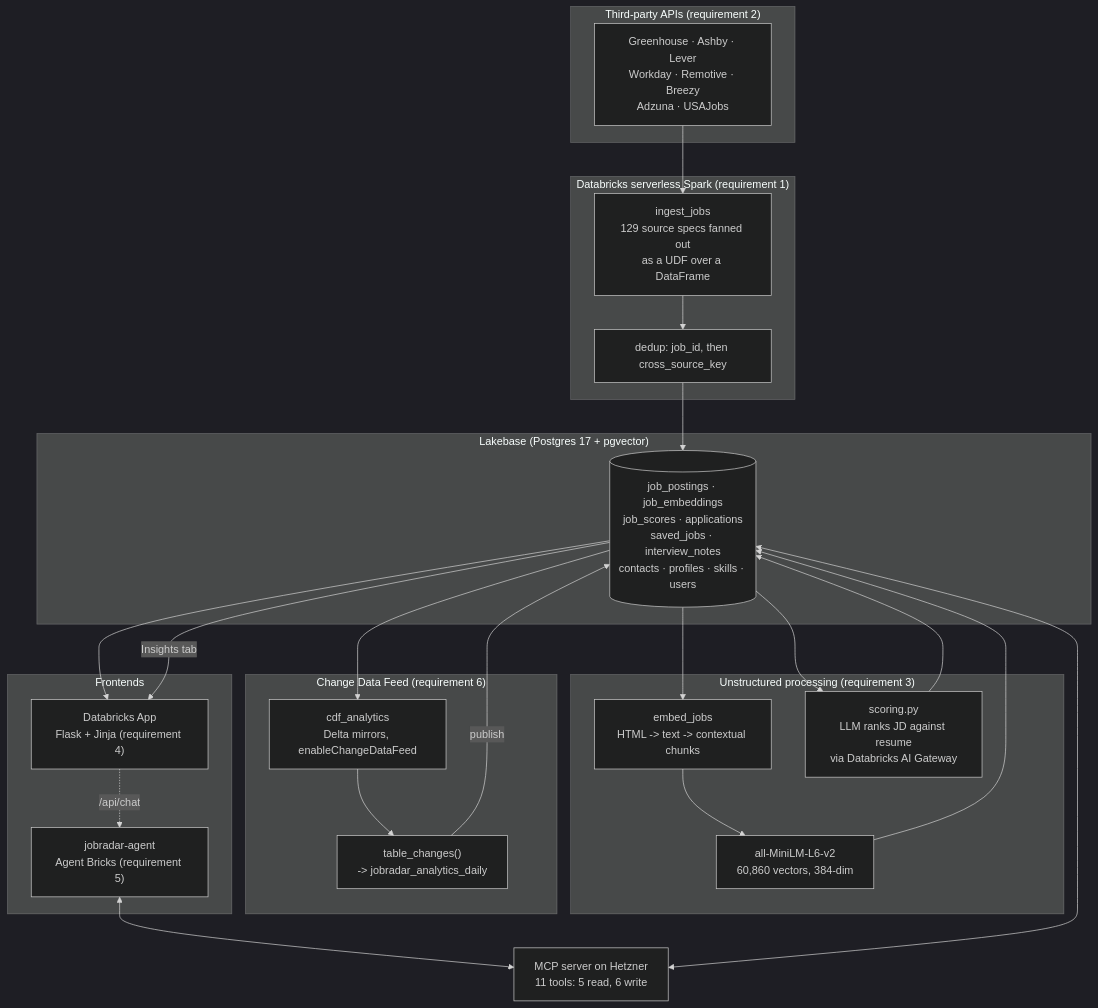
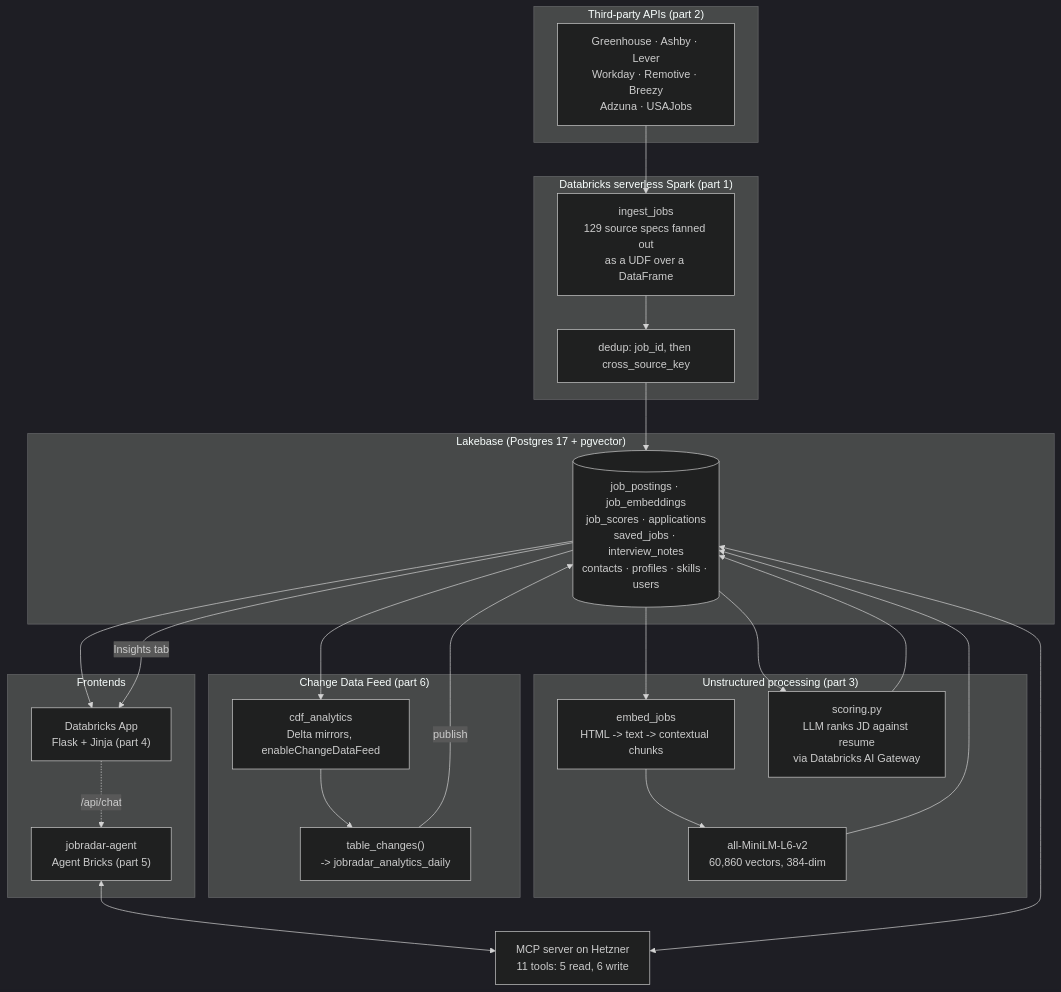
Before and after one commit to lubobali/JobRadar-AI: the diagram in README.md, drawn with Mermaid (dark theme). The commit also changed other lines of this file and 31 other files, not shown here.

````diff
--- a/README.md
+++ b/README.md
@@ -54,42 +51,42 @@
 ```mermaid
 flowchart TB
-    subgraph ext["Third-party APIs (requirement 2)"]
+    subgraph ext["Third-party APIs (part 2)"]
         A1["Greenhouse · Ashby · Lever<br/>Workday · Remotive · Breezy<br/>Adzuna · USAJobs"]
     end
 
-    subgraph spark["Databricks serverless Spark (requirement 1)"]
+    subgraph spark["Databricks serverless Spark (part 1)"]
         B1["ingest_jobs<br/>129 source specs fanned out<br/>as a UDF over a DataFrame"]
         B2["dedup: job_id, then cross_source_key"]
     end
 
-    subgraph unstruct["Unstructured processing (requirement 3)"]
+    subgraph unstruct["Unstructured processing (part 3)"]
         C1["embed_jobs<br/>HTML -> text -> contextual chunks"]
         C2["all-MiniLM-L6-v2<br/>60,860 vectors, 384-dim"]
         C3["scoring.py<br/>LLM ranks JD against resume<br/>via Databricks AI Gateway"]
     end
 
     subgraph lb["Lakebase (Postgres 17 + pgvector)"]
         D1[("job_postings · job_embeddings<br/>job_scores · applications<br/>saved_jobs · interview_notes<br/>contacts · profiles · skills · users")]
     end
 
-    subgraph cdf["Change Data Feed (requirement 6)"]
+    subgraph cdf["Change Data Feed (part 6)"]
         F1["cdf_analytics<br/>Delta mirrors, enableChangeDataFeed"]
         F2["table_changes()<br/>-> jobradar_analytics_daily"]
     end
 
     subgraph front["Frontends"]
-        E1["Databricks App<br/>Flask + Jinja (requirement 4)"]
-        E2["jobradar-agent<br/>Agent Bricks (requirement 5)"]
+        E1["Databricks App<br/>Flask + Jinja (part 4)"]
+        E2["jobradar-agent<br/>Agent Bricks (part 5)"]
     end
 
     E3["MCP server on Hetzner<br/>11 tools: 5 read, 6 write"]
 
     A1 --> B1 --> B2 --> D1
     D1 --> C1 --> C2 --> D1
     D1 --> C3 --> D1
     D1 --> E1
     E2 <--> E3 <--> D1
     E1 -.->|/api/chat| E2
     D1 --> F1 --> F2 -->|publish| D1
     D1 -->|Insights tab| E1
 ```
````
